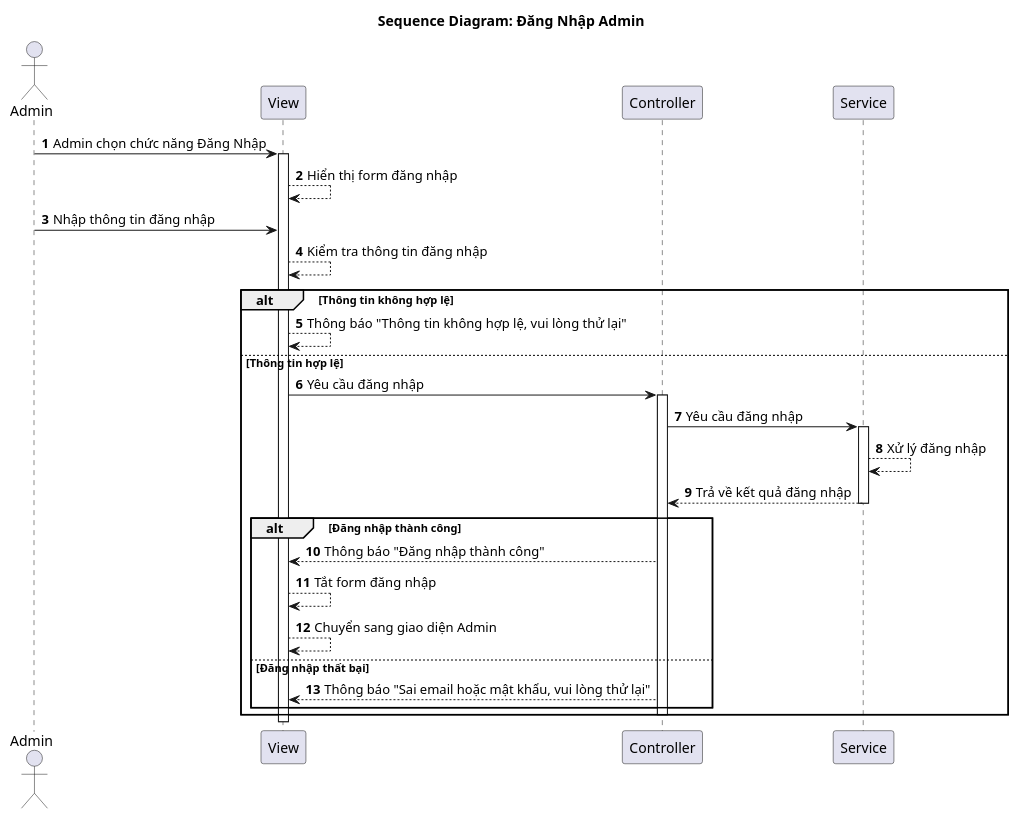
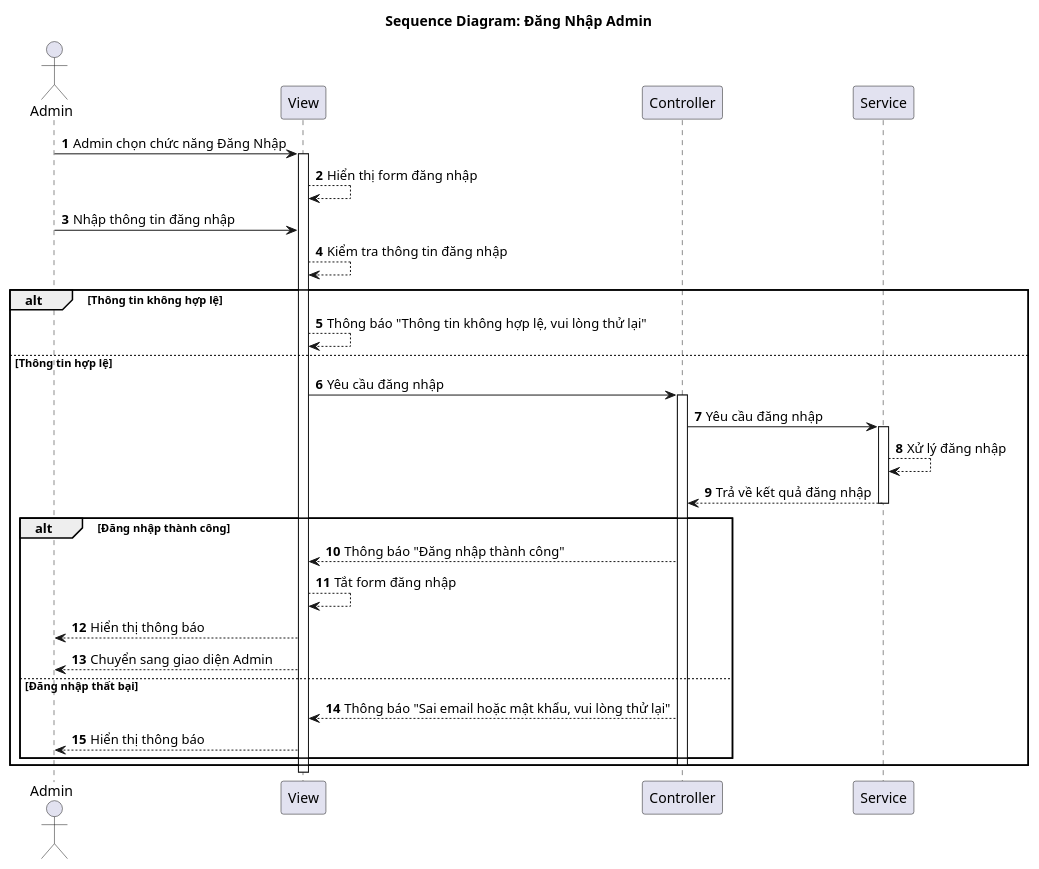
Before and after one commit to vinh047/soundwave: the diagram in Diagrams/SequenceDiagram/LoginAdmin.plantuml, drawn with PlantUML. The commit also changed 24 other files, not shown here.

Commit message:
Đổi đường đi của Hiển thị trong SD

```diff
--- a/Diagrams/SequenceDiagram/LoginAdmin.plantuml
+++ b/Diagrams/SequenceDiagram/LoginAdmin.plantuml
@@ -1,38 +1,40 @@
 @startuml SD
 
 actor "Admin" as Admin
 participant "View" as View
 participant "Controller" as Controller
 participant "Service" as Service
 
 title Sequence Diagram: Đăng Nhập Admin
 
 autonumber
 
 Admin -> View: Admin chọn chức năng Đăng Nhập
 activate View
 View --> View: Hiển thị form đăng nhập
 Admin -> View: Nhập thông tin đăng nhập
 View --> View: Kiểm tra thông tin đăng nhập
 alt Thông tin không hợp lệ
     View --> View: Thông báo "Thông tin không hợp lệ, vui lòng thử lại"
 else Thông tin hợp lệ
     View -> Controller: Yêu cầu đăng nhập
     activate Controller
     Controller -> Service: Yêu cầu đăng nhập
     activate Service
     Service --> Service: Xử lý đăng nhập
     Service --> Controller: Trả về kết quả đăng nhập
     deactivate Service
     alt Đăng nhập thành công
         Controller --> View: Thông báo "Đăng nhập thành công"
         View --> View: Tắt form đăng nhập
-        View --> View: Chuyển sang giao diện Admin
+        View --> Admin: Hiển thị thông báo
+        View --> Admin: Chuyển sang giao diện Admin
     else Đăng nhập thất bại
         Controller --> View: Thông báo "Sai email hoặc mật khẩu, vui lòng thử lại"
+        View --> Admin: Hiển thị thông báo
     end
     deactivate Controller
 end
 
 deactivate View
 @enduml
```
